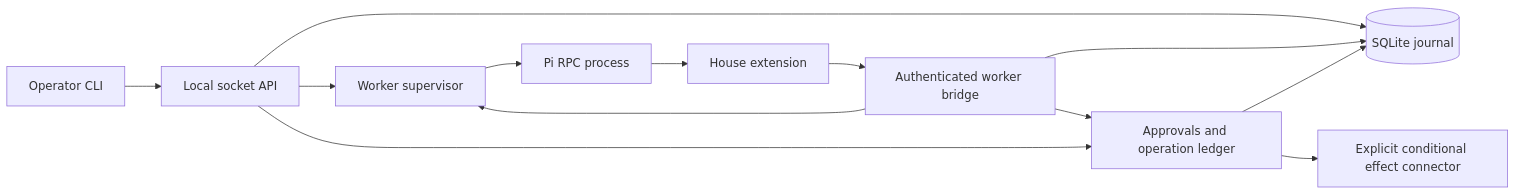
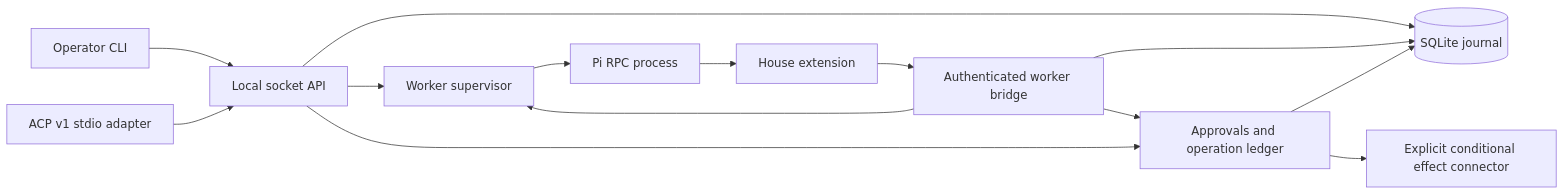
One commit to SuperJackfruitLabs/salaam changed the diagram in docs/architecture.md. Above: the diagram before and after it, drawn with Mermaid. The commit also changed other lines of this file and 5 other files, not shown here.

````diff
--- a/docs/architecture.md
+++ b/docs/architecture.md
@@ -5,15 +5,16 @@
 ```mermaid
 flowchart LR
     CLI[Operator CLI] --> API[Local socket API]
+    ACP[ACP v1 stdio adapter] --> API
     API --> DB[(SQLite journal)]
     API --> SUP[Worker supervisor]
     SUP --> PI[Pi RPC process]
     PI --> EXT[House extension]
     EXT --> BRIDGE[Authenticated worker bridge]
     BRIDGE --> DB
     BRIDGE --> SUP
     API --> LEDGER[Approvals and operation ledger]
     BRIDGE --> LEDGER
     LEDGER --> DB
     LEDGER --> EFFECT[Explicit conditional effect connector]
 ```
````
